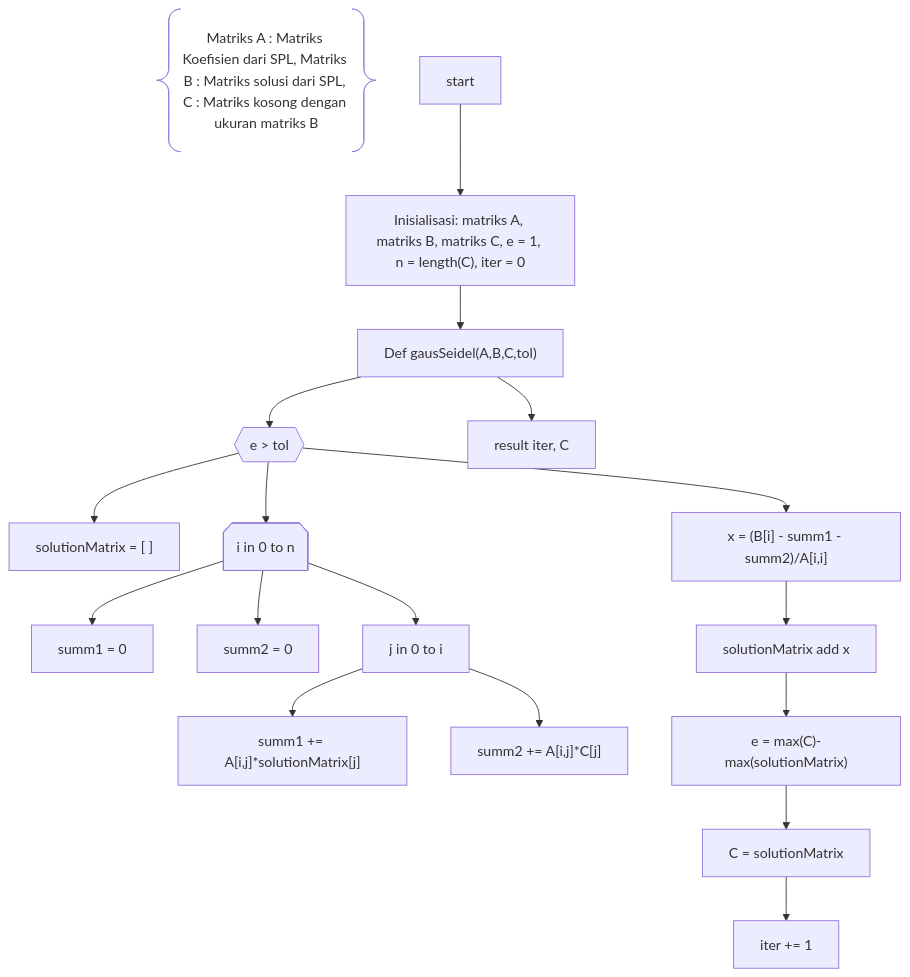
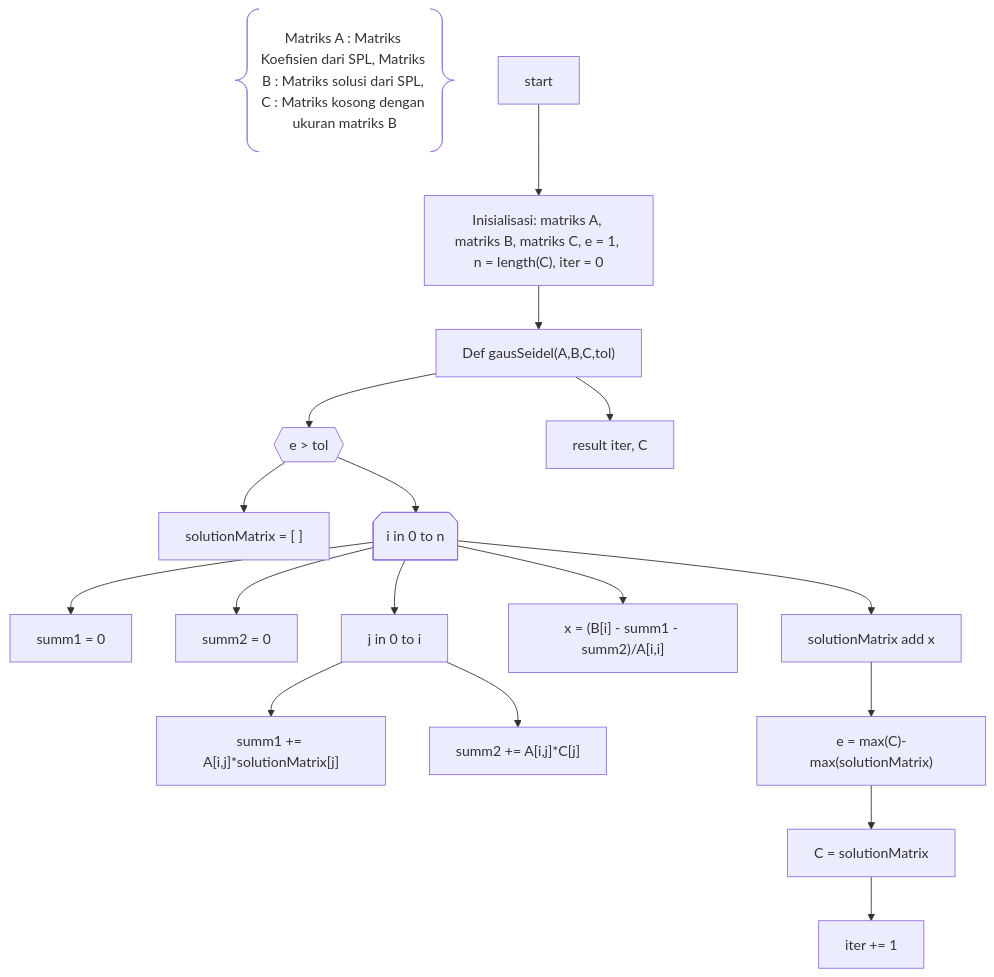
Before and after one commit to aslabkomfis/Komputasi-Numerik-24-25: the diagram in Modul-3/metode-gauss-seidel.mmd, drawn with Mermaid.

```diff
--- a/Modul-3/metode-gauss-seidel.mmd
+++ b/Modul-3/metode-gauss-seidel.mmd
@@ -1,18 +1,18 @@
 flowchart TD;
     Z@{ shape: braces, label: "Matriks A : Matriks Koefisien dari SPL, Matriks B : Matriks solusi dari SPL, C : Matriks kosong dengan ukuran matriks B" }
     A[start] --> B["Inisialisasi: matriks A, matriks B, matriks C, e = 1, n = length(C), iter = 0"] 
     B --> X["Def gausSeidel(A,B,C,tol)"]
     X --> C{{"e > tol"}}
     C --> D["solutionMatrix = [ ]"]
     C --> E@{shape: notch-pent, label: "i in 0 to n"}
     E --> F["summ1 = 0"]
     E --> G["summ2 = 0"]
     E --> H["j in 0 to i"]
     H --> I["summ1 += A[i,j]*solutionMatrix[j]"]
     H --> K["summ2 += A[i,j]*C[j]"]
-    C --> L["x = (B[i] - summ1 - summ2)/A[i,i]"]
-    L --> M["solutionMatrix add x"]
+    E --> L["x = (B[i] - summ1 - summ2)/A[i,i]"]
+    E --> M["solutionMatrix add x"]
     M --> N["e = max(C)-max(solutionMatrix)"]
     N --> P["C = solutionMatrix"]
     P --> Q["iter += 1"]
     X --> R["result iter, C"]
```
